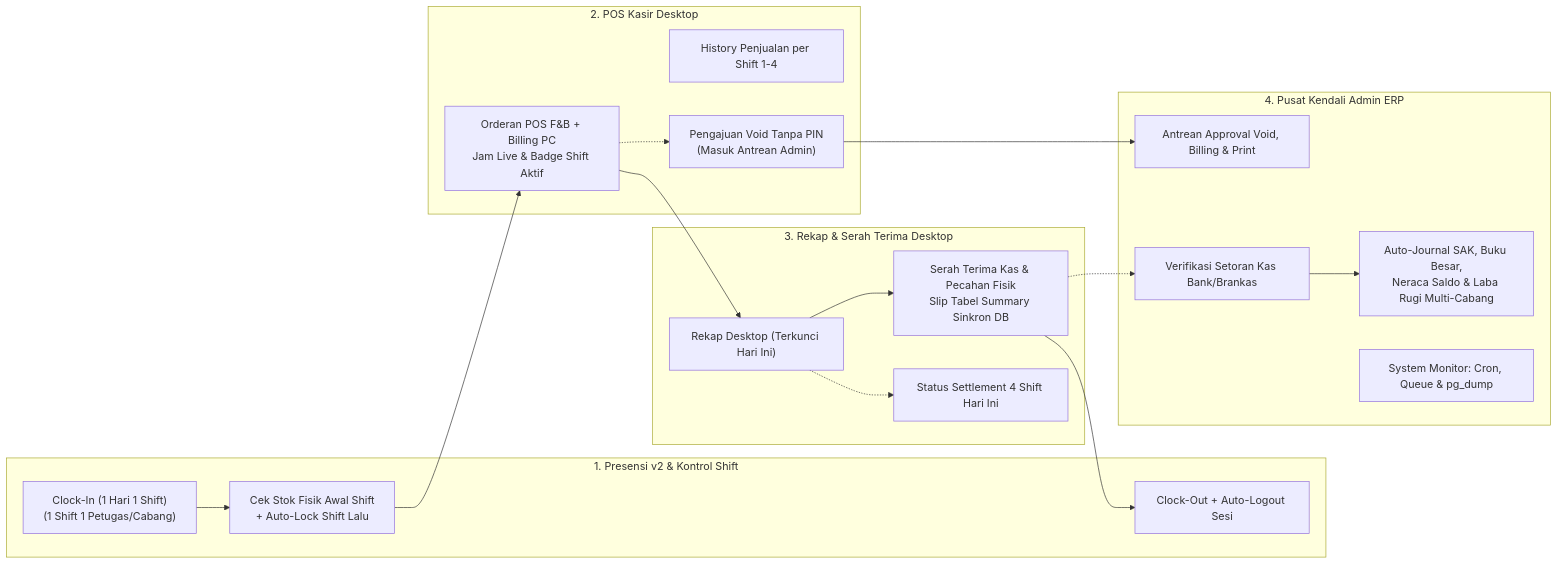
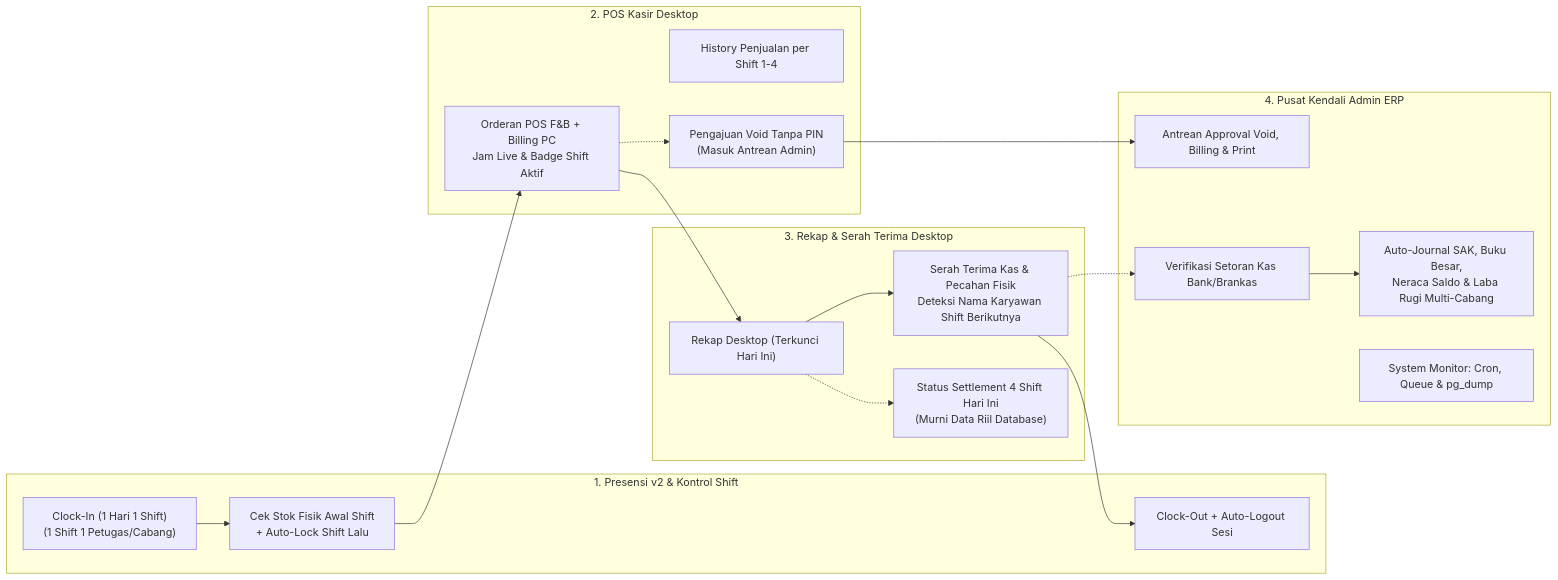
The first of 2 diagrams in docs/2026-11/2026-11-21/blueprint/BLUEPRINT_MASTER_ERP_POS_PRESENSI_V3.md (bagussatoto/baguspresensi), drawn with Mermaid before and after one commit. The commit also changed other lines of this file and 16 other files, not shown here.

````diff
--- a/docs/2026-11/2026-11-21/blueprint/BLUEPRINT_MASTER_ERP_POS_PRESENSI_V3.md
+++ b/docs/2026-11/2026-11-21/blueprint/BLUEPRINT_MASTER_ERP_POS_PRESENSI_V3.md
@@ -15,32 +15,32 @@
 ```mermaid
 flowchart LR
     subgraph P1["1. Presensi v2 & Kontrol Shift"]
         CI["Clock-In (1 Hari 1 Shift)<br>(1 Shift 1 Petugas/Cabang)"]
         STK["Cek Stok Fisik Awal Shift<br>+ Auto-Lock Shift Lalu"]
         CO["Clock-Out + Auto-Logout Sesi"]
     end
 
     subgraph P2["2. POS Kasir Desktop"]
         POS["Orderan POS F&B + Billing PC<br>Jam Live & Badge Shift Aktif"]
         HIST["History Penjualan per Shift 1-4"]
         VOID["Pengajuan Void Tanpa PIN<br>(Masuk Antrean Admin)"]
     end
 
     subgraph P3["3. Rekap & Serah Terima Desktop"]
         RKP["Rekap Desktop (Terkunci Hari Ini)"]
-        SRH["Serah Terima Kas & Pecahan Fisik<br>Slip Tabel Summary Sinkron DB"]
-        STL["Status Settlement 4 Shift Hari Ini"]
+        SRH["Serah Terima Kas & Pecahan Fisik<br>Deteksi Nama Karyawan Shift Berikutnya"]
+        STL["Status Settlement 4 Shift Hari Ini<br>(Murni Data Riil Database)"]
     end
 
     subgraph P4["4. Pusat Kendali Admin ERP"]
         QVOID["Antrean Approval Void, Billing & Print"]
         VSET["Verifikasi Setoran Kas Bank/Brankas"]
         SAK["Auto-Journal SAK, Buku Besar,<br>Neraca Saldo & Laba Rugi Multi-Cabang"]
         MON["System Monitor: Cron, Queue & pg_dump"]
     end
 
     CI --> STK --> POS --> RKP --> SRH --> CO
     POS -.-> VOID --> QVOID
     SRH -.-> VSET --> SAK
     RKP -.-> STL
 ```
````
